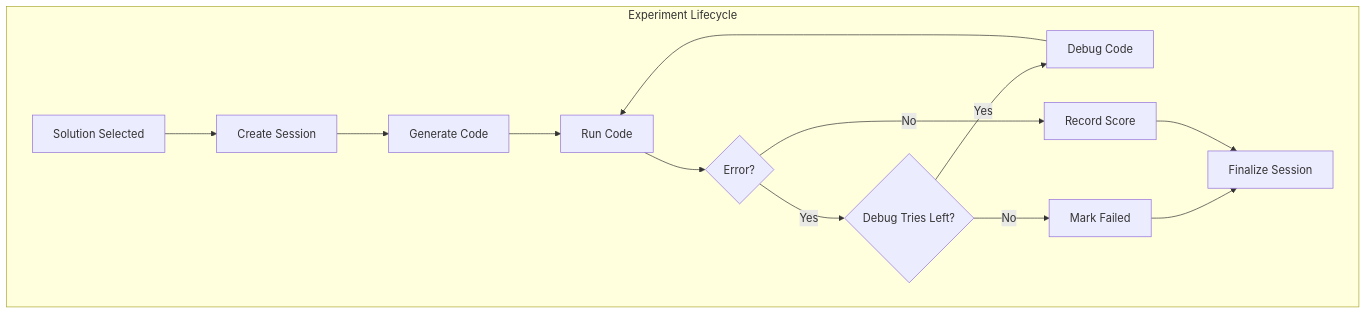
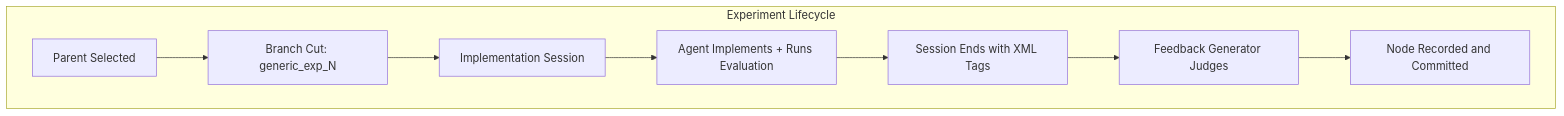
The first of 2 diagrams in docs/evolve/experiment-lifecycle.mdx (Leeroo-AI/kapso), drawn with Mermaid before and after one commit. The commit also changed other lines of this file and 14 other files, not shown here.

````diff
--- a/docs/evolve/experiment-lifecycle.mdx
+++ b/docs/evolve/experiment-lifecycle.mdx
@@ -12,16 +10,11 @@
 ```mermaid
 flowchart TB
     subgraph Lifecycle["Experiment Lifecycle"]
-        A[Solution Selected] --> B[Create Session]
-        B --> C[Generate Code]
-        C --> D[Run Code]
-        D --> E{Error?}
-        E -->|Yes| F{Debug Tries Left?}
-        F -->|Yes| G[Debug Code]
-        G --> D
-        F -->|No| H[Mark Failed]
-        E -->|No| I[Record Score]
-        H --> J[Finalize Session]
-        I --> J
+        A[Parent Selected] --> B[Branch Cut: generic_exp_N]
+        B --> C[Implementation Session]
+        C --> D[Agent Implements + Runs Evaluation]
+        D --> E[Session Ends with XML Tags]
+        E --> F[Feedback Generator Judges]
+        F --> G[Node Recorded and Committed]
     end
 ```
````
